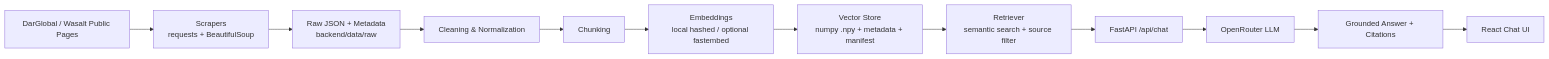
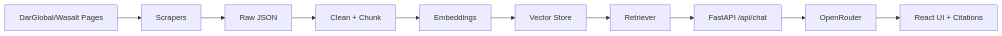
One commit to utsab345/darglobal-ai-assistant changed the diagram in README.md. Above: the diagram before and after it, drawn with Mermaid. The commit also changed other lines of this file, not shown here.

````diff
--- a/README.md
+++ b/README.md
@@ -26,14 +11,12 @@
 ```mermaid
 flowchart LR
-    A[DarGlobal / Wasalt Public Pages] --> B[Scrapers\nrequests + BeautifulSoup]
-    B --> C[Raw JSON + Metadata\nbackend/data/raw]
-    C --> D[Cleaning & Normalization]
-    D --> E[Chunking]
-    E --> F[Embeddings\nlocal hashed / optional fastembed]
-    F --> G[Vector Store\nnumpy .npy + metadata + manifest]
-    G --> H[Retriever\nsemantic search + source filter]
-    H --> I[FastAPI /api/chat]
-    I --> J[OpenRouter LLM]
-    J --> K[Grounded Answer + Citations]
-    K --> L[React Chat UI]
+  A[DarGlobal/Wasalt Pages] --> B[Scrapers]
+  B --> C[Raw JSON]
+  C --> D[Clean + Chunk]
+  D --> E[Embeddings]
+  E --> F[Vector Store]
+  F --> G[Retriever]
+  G --> H[FastAPI /api/chat]
+  H --> I[OpenRouter]
+  I --> J[React UI + Citations]
 ```
````
